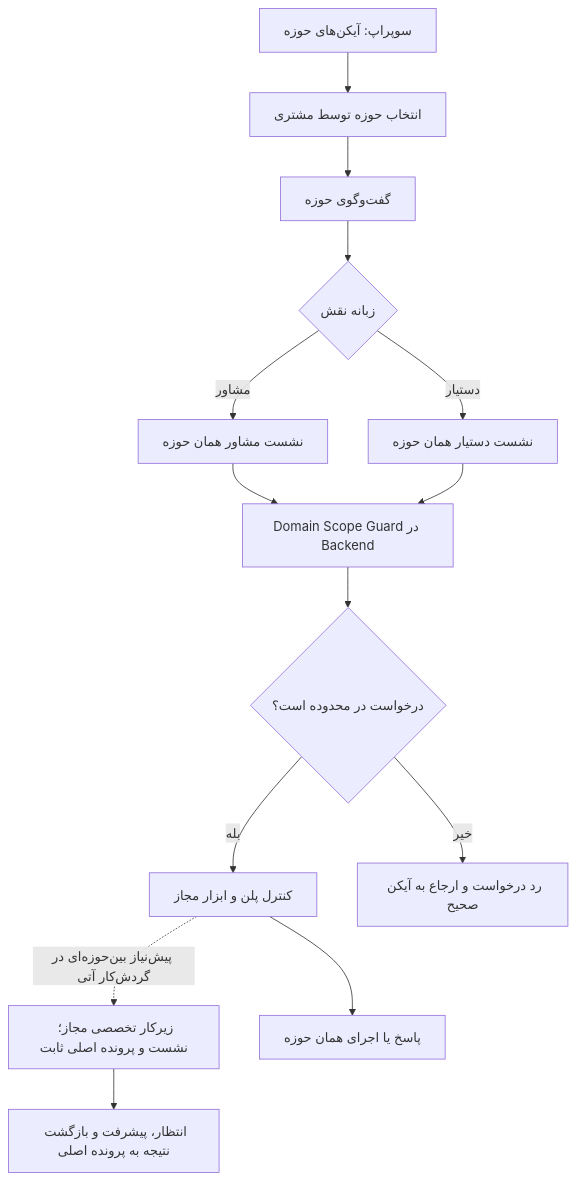
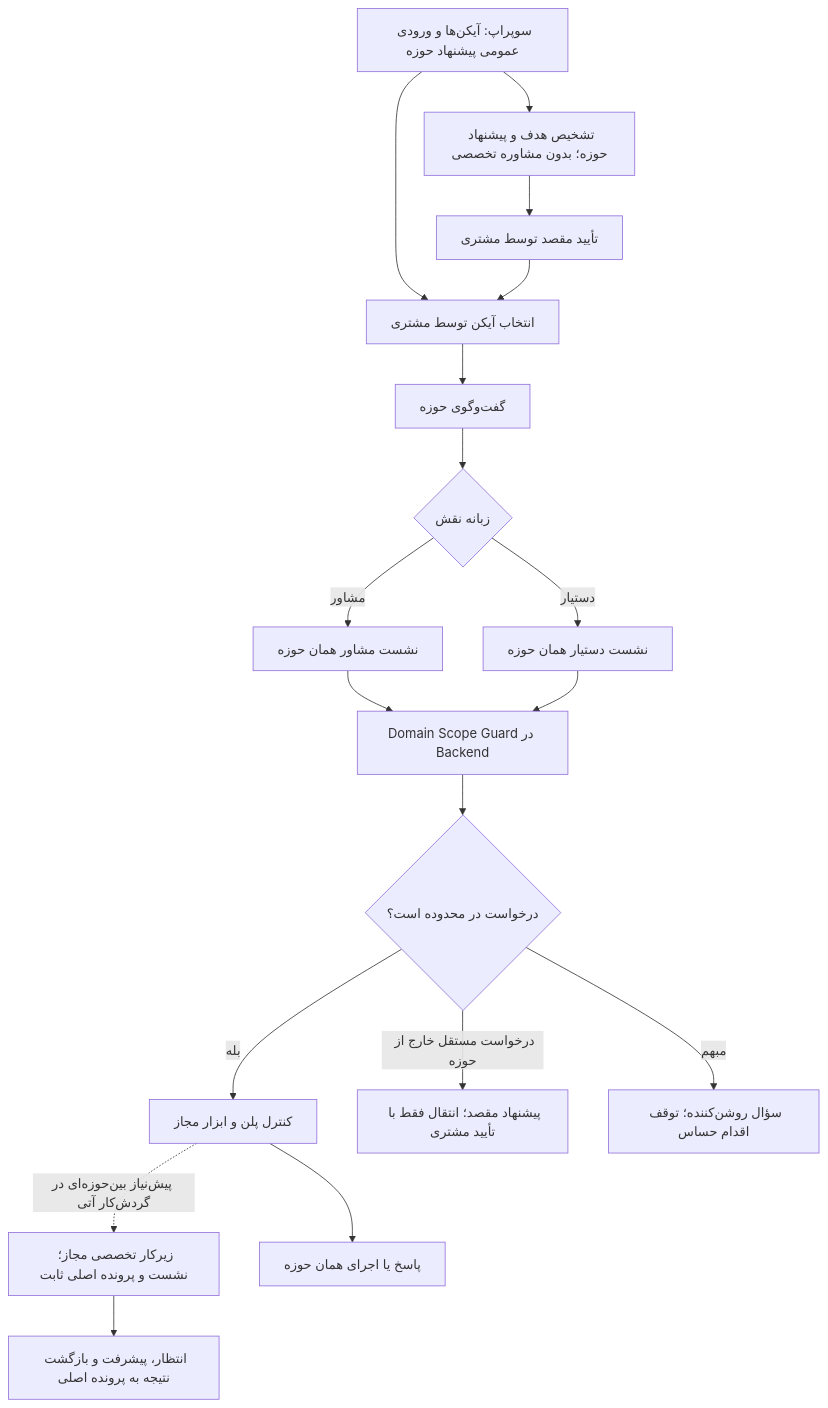
Before and after one commit to Brotherlouiee/shahab-demo: diagram 14 of 26 in docs/SHAHAB_PHASE_2_DEVELOPMENT_BLUEPRINT.md, drawn with Mermaid. The commit also changed other lines of this file, not shown here.

Commit message:
docs(phase2): integrate approved B02 guided domain routing and explicit user confirmation

````diff
--- a/docs/SHAHAB_PHASE_2_DEVELOPMENT_BLUEPRINT.md
+++ b/docs/SHAHAB_PHASE_2_DEVELOPMENT_BLUEPRINT.md
@@ -1394,15 +1399,18 @@
 ```mermaid
 flowchart TD
-    HOME["سوپراپ: آیکن‌های حوزه"] --> DOMAIN["انتخاب حوزه توسط مشتری"]
+    HOME["سوپراپ: آیکن‌ها و ورودی عمومی پیشنهاد حوزه"] --> DOMAIN["انتخاب آیکن توسط مشتری"]
+    HOME --> SUG["تشخیص هدف و پیشنهاد حوزه؛ بدون مشاوره تخصصی"]
+    SUG --> CONF["تأیید مقصد توسط مشتری"] --> DOMAIN
     DOMAIN --> CHAT["گفت‌وگوی حوزه"] --> MODE{"زبانه نقش"}
     MODE -->|مشاور| A["نشست مشاور همان حوزه"]
     MODE -->|دستیار| B["نشست دستیار همان حوزه"]
     A --> GUARD["Domain Scope Guard در Backend"]
     B --> GUARD
     GUARD --> CHECK{"درخواست در محدوده است؟"}
     CHECK -->|بله| ENT["کنترل پلن و ابزار مجاز"]
     ENT -. "پیش‌نیاز بین‌حوزه‌ای در گردش‌کار آتی" .-> SUB["زیرکار تخصصی مجاز؛ نشست و پرونده اصلی ثابت"]
     SUB --> WAIT["انتظار، پیشرفت و بازگشت نتیجه به پرونده اصلی"]
-    CHECK -->|خیر| REF["رد درخواست و ارجاع به آیکن صحیح"]
+    CHECK -->|درخواست مستقل خارج از حوزه| REF["پیشنهاد مقصد؛ انتقال فقط با تأیید مشتری"]
+    CHECK -->|مبهم| CLAR["سؤال روشن‌کننده؛ توقف اقدام حساس"]
     ENT --> EXEC["پاسخ یا اجرای همان حوزه"]
 ```
````
